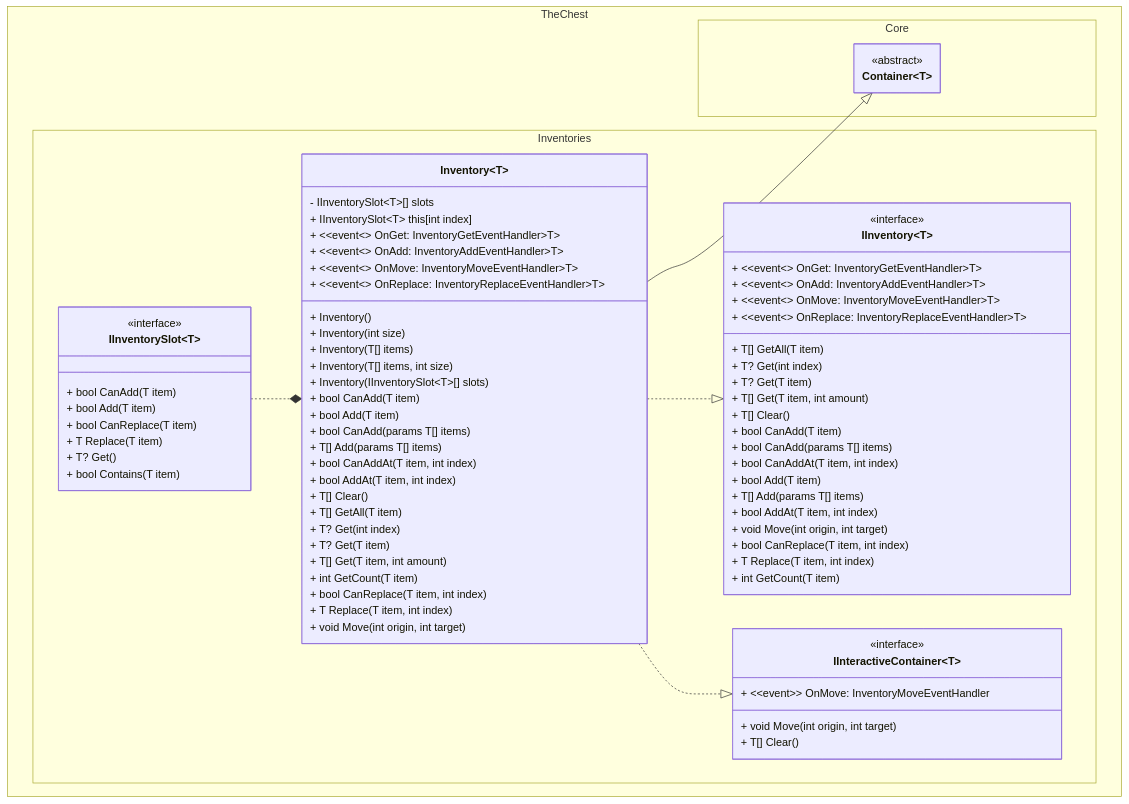
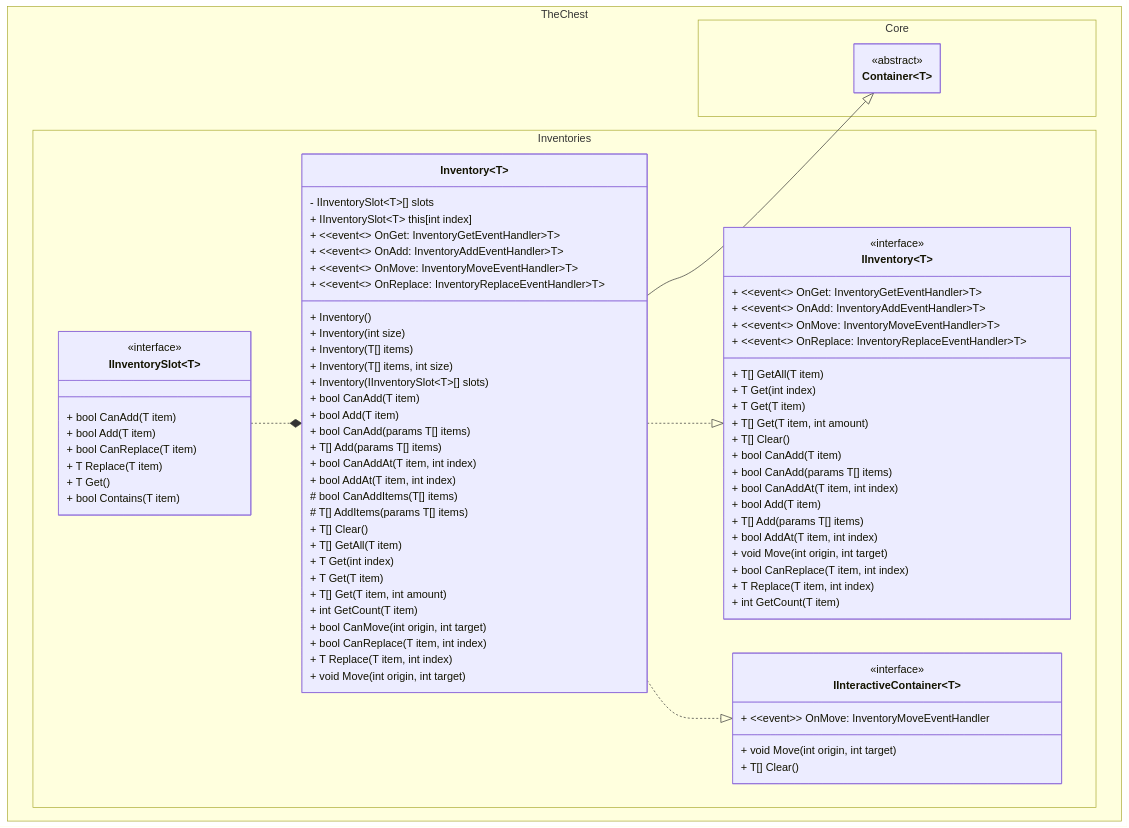
Before and after one commit to The-Chest/TheChest.Inventories: the first of 2 diagrams in docs/inventory/class_diagram.md, drawn with Mermaid. The commit also changed other lines of this file and 88 other files, not shown here.

```diff
--- a/docs/inventory/class_diagram.md
+++ b/docs/inventory/class_diagram.md
@@ -23,8 +23,8 @@
 	        + ~~event~~ OnReplace: InventoryReplaceEventHandler~T~ 
 
 	        + T[] GetAll(T item)
-	        + T? Get(int index)
-	        + T? Get(T item)
+	        + T Get(int index)
+	        + T Get(T item)
 	        + T[] Get(T item, int amount)
 
 	        + T[] Clear()
@@ -51,7 +51,7 @@
 			+ bool CanReplace(T item)
 	        + T Replace(T item)
 
-	        + T? Get()
+	        + T Get()
 	        + bool Contains(T item)
         }
         class Inventory~T~ {
@@ -78,14 +78,19 @@
 	        + bool CanAddAt(T item, int index)
 	        + bool AddAt(T item, int index)
 
+            # bool CanAddItems(T[] items)
+            # T[] AddItems(params T[] items)
+
 	        + T[] Clear()
 
 	        + T[] GetAll(T item)
-	        + T? Get(int index)
-	        + T? Get(T item)
+	        + T Get(int index)
+	        + T Get(T item)
 	        + T[] Get(T item, int amount)
 
 	        + int GetCount(T item)
+
+            + bool CanMove(int origin, int target)
 
 	        + bool CanReplace(T item, int index)
 	        + T Replace(T item, int index)
```
